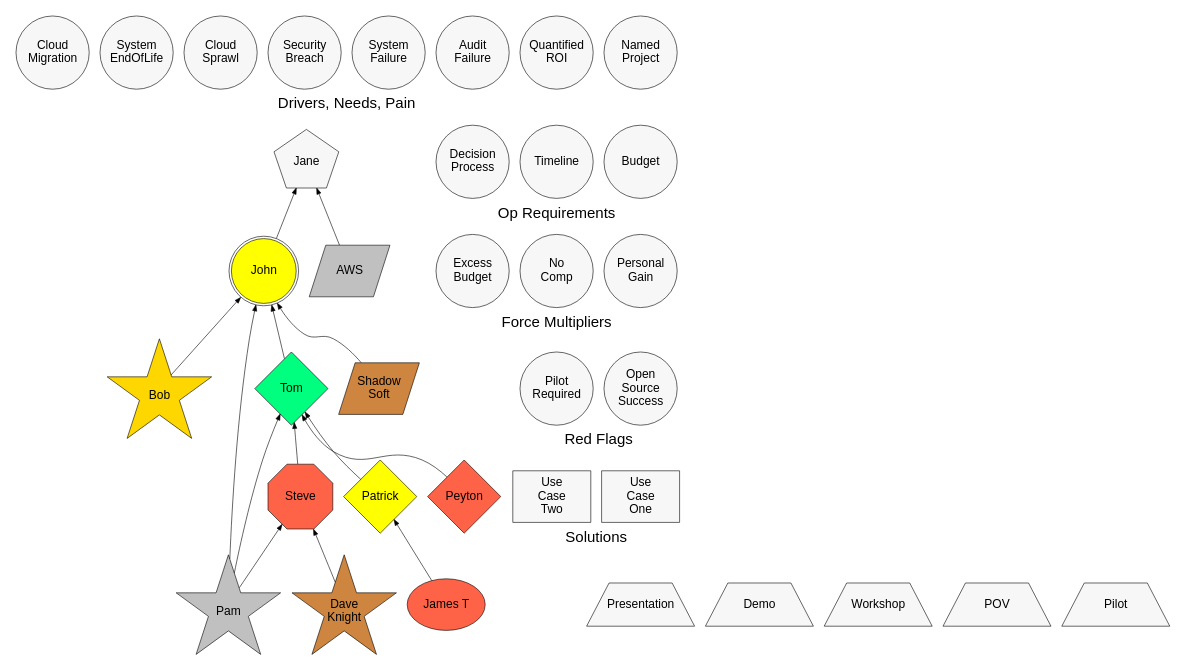
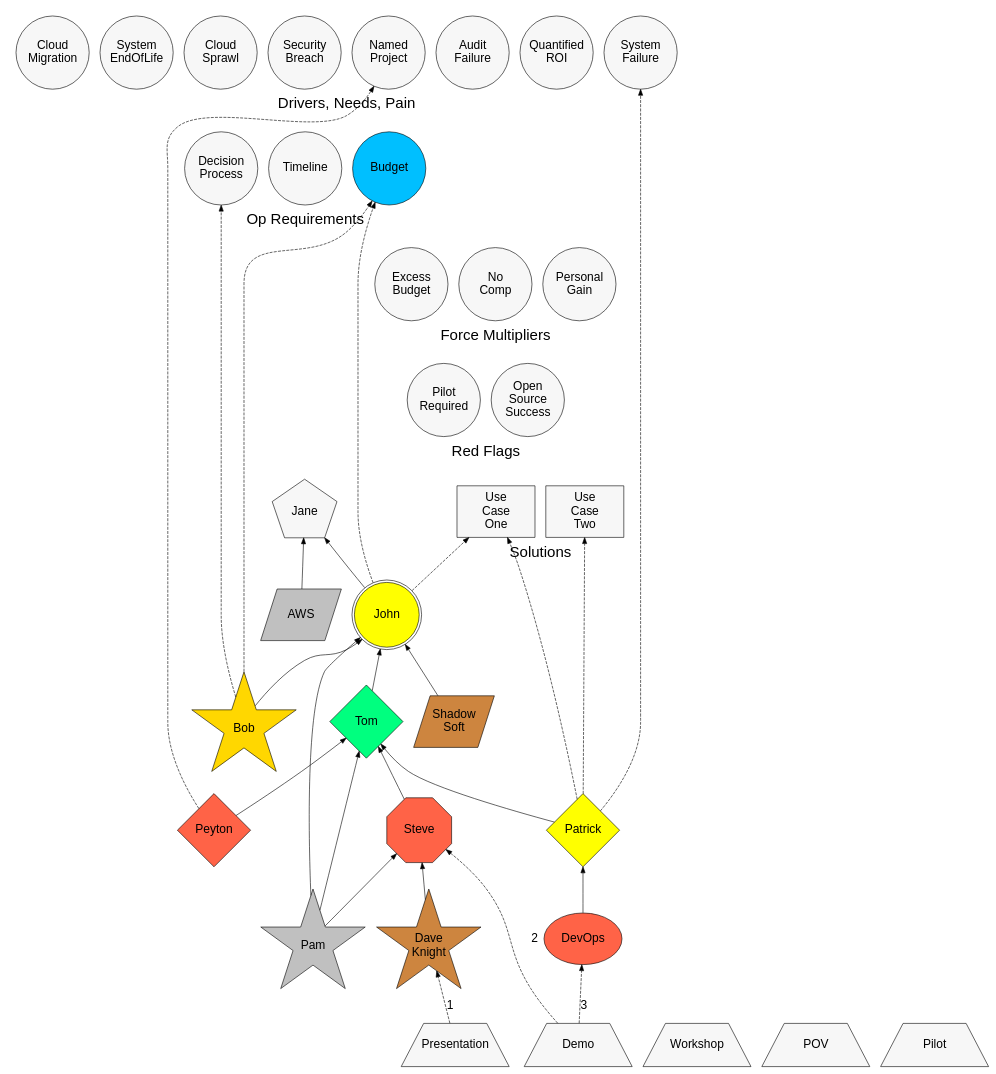
One commit to joshuaNjordan85/SouthStrategicOps changed the diagram in example.dot. Above: the diagram before and after it, drawn with Graphviz. The commit also changed 1 other file, not shown here.

```diff
--- a/example.dot
+++ b/example.dot
@@ -1,14 +1,53 @@
 digraph opportunity {
 
 // 
-// Opportunity as Code
+// Opportunity as Code (OaC)
 //
 // Use this specification to document the current status of your sales opportunity.
+// Only one product should be tracked in this file. 
+// The AE is responsible for tracking all of the information that goes into 
+// this file.
+// The SE is responsible for updating this file, managing in Git, and generating 
+// the "Opportunity Maps".
+//
+// This must be an acyclic graph, i.e. two people can't influence each other. 
+// Leverage the company's org chart, although influencers don't need to report 
+// to the individual they influence.
+// 
+// To generate a graphic of your Opportunity Map, execute the following 
+// graphviz command:
+//   dot -Tpng <name_of_this_file>.dot -o <account>_<op_name>[_renewal<X>].png   
+//
+// Add this file and push updates to -
+//   https://github.com/MrDaveKnight/SouthStrategicOps.git 
+
+// File Layout
+//
+// Top - the people and solutions (EDIT THIS SECTION)
+// - Organization: all the individuals, teams and partners that may influence 
+//   the sale
+// - Solutions: the specific use cases being prescribed to the prospect/customer
+// Middle -  STATIC CONFIGURATION data (only modify if necessary) 
+// - Indicators: all of the sales opportunity status indicators - 
+//   BANT, MEDDIC, etc... 
+// - SE Activities: a list of available SE activities 
+// - Rank Configuration: for graph formatting only 
+// Bottom - the relationships (EDIT THIS SECTION)
+// - Influence: Who is influencing who 
+// - Intelligence: Who has provided information about the state of the opportunity
+// - Activity: engagements between SEs and the organization
+//  
+//
+// Identify all the individuals and partners that will influence the sale in 
+// the "Organization" section. Identify what we are selling in the "Solutions"
+// section. Identify all of the influence, intelligence and
+// activity in the "Relationships" section.
 
 
 // Global defaults
 graph [rankdir=BT, fontname=Helvetica, fontsize=25, penwidth = 0]
 node [style=filled, fillcolor="grey97", fixedsize=true, fontname=Helvetica, fontsize=20]
+edge [fontname=Helvetica, fontsize=20]
 
 //
 // Organization 
@@ -16,13 +55,13 @@
 
 // Every person in the organization, except for champions and partners, 
 // are color coded as follows, based on their perceived Net Promoter status 
-// for the Hashicorp enterprise solution 
+// for the Hashicorp enterprise solution: 
 //   Promoter  - springgreen 
 //   Passive   - yellow1
 //   Detractor - tomato (rotten tomato is more like it)
 //   Unknown   - grey97
 //
-// Champions and partners are by definition net promoters. They are 
+// Champions and partners are by definition Net Promoters. They are 
 // color coded based on their ability to sell the Hashicorp enterprise 
 // solutions independently, i.e. their ability to influence. 
 //   Gold    - gold
@@ -80,13 +119,13 @@
 PatMahomes [label="Patrick", fillcolor=yellow1]
 PeytonManning [label="Peyton", fillcolor=tomato]
 
-// Trusted Practioners
+// Practioner Teams
 node [shape=oval, width=1.8, height=1.2]
 // Colors:
 //   Promoter  - springgreen 
 //   Passive   - yellow1
 //   Detractor - tomato
-JamesKirk [label="James T", fillcolor=tomato]
+DevOps [label="DevOps", fillcolor=tomato]
 
 // Partners
 node [shape=parallelogram, width=1.8, height=1.2]
@@ -98,12 +137,27 @@
 ShadowSoft [label="Shadow\nSoft", fillcolor=peru]
 
 //
-// Sale Indicators
+// Solutions 
+//
+
+subgraph cluster_solutions {
+  // Maintain the "UseCase<#>" convention!
+  label = "Solutions"
+  node [shape=box]
+
+  UseCase1 [label="Use\nCase\nOne"] 
+  UseCase2 [label="Use\nCase\nTwo"] 
+
+  {rank=same "UseCase1" "UseCase2"} 
+}
+
+//
+// Indicators 
 //
 
 // Colors:
 //    For all sales indicators other than red flags:
-//    True: springgreen 
+//    True: deepskyblue 
 //    False: grey97 
 //    For red flags:
 //    True: tomato 
@@ -111,78 +165,72 @@
   
 
 subgraph cluster_advantages {
-  // Colors: 
+  // Colors: deepskyblue, grey97 
   label = "Force Multipliers"
   node [shape=circle, width=1.7, height=1.7]
 
   PersonalGain [label="Personal\nGain", fillcolor=grey97] // Seeking career advancement, or trying to save job 
   NoComp [label="No\nComp", fillcolor=grey97]       // No external competition or RFP
   ExcessBudget [label="Excess\nBudget", fillcolor=grey97] // Use it or lose it
+
   {rank=same PersonalGain NoComp ExcessBudget}
 }
 
 subgraph cluster_redflags {
-  // Colors: 
+  // Colors: tomato, grey97 
   label = "Red Flags"
   node [shape=circle, width=1.7, height=1.7]
 
-  OSS [label="Open\nSource\nSuccess"] 
-  OnPrem [label="Pilot\nRequired"] 
+  OSS [label="Open\nSource\nSuccess", fillcolor=grey97] 
+  OnPrem [label="Pilot\nRequired", fillcolor=grey97] 
+
   {rank=same "OSS" "OnPrem"}
 }
 
 
 subgraph cluster_tablestakes {
+  // Colors: deepskyblue, grey97 
   label = "Op Requirements"
   node [shape=circle, width=1.7, height=1.7]
 
   // BanT
   // The "a" are the executive and buyer nodes.
   // The "n" are the various Drivers, Needs and Pain nodes. 
-  Budget 
-  Timeline
+  Budget [fillcolor=deepskyblue] 
+  Timeline [fillcolor=grey97]
 
   // meDDic (Decision criteria and process)
   // The "e" is the buyer node. The "c" is the champion node.
   // The "m" is the Quantified ROI (money made or saved) 
   // The "i" are the various Drivers, Needs and Pain nodes 
-  DecisionProcess [label="Decision\nProcess"]
+  DecisionProcess [label="Decision\nProcess", fillcolor=grey97]
+
   {rank=same Budget Timeline DecisionProcess}
 }
 
 subgraph cluster_needs {
+  // Colors: deepskyblue, grey97 
   label = "Drivers, Needs, Pain"
   node [shape=circle, width=1.7, height=1.7]
 
   // Business Drivers  BANT needs / MEDDIC pain
-  NamedProject [label="Named\nProject"] // This means there is a planned business initiative
-  QuantifiedROI [label="Quantified\nROI"]
-  AuditFailure [label="Audit\nFailure"]
-  SystemFailure [label="System\nFailure"]
-  SecurityBreach [label="Security\nBreach"]
-  CloudSprawl [label="Cloud\nSprawl"] 
-  SystemEndOfLife [label="System\nEndOfLife"] 
-  CloudMigration [label="Cloud\nMigration"]
+  NamedProject [label="Named\nProject", fillcolor=grey97] // This means there is a planned business initiative
+  QuantifiedROI [label="Quantified\nROI", fillcolor=grey97]
+  AuditFailure [label="Audit\nFailure", fillcolor=grey97]
+  SystemFailure [label="System\nFailure", fillcolor=grey97]
+  SecurityBreach [label="Security\nBreach", fillcolor=grey97]
+  CloudSprawl [label="Cloud\nSprawl", fillcolor=grey97] 
+  SystemEndOfLife [label="System\nEndOfLife", fillcolor=grey97] 
+  CloudMigration [label="Cloud\nMigration", fillcolor=grey97]
+
   {rank=same "NamedProject" "AuditFailure" "SystemFailure" "SecurityBreach" "CloudSprawl" "SystemEndOfLife" "CloudMigration"}
 }
 
+
 //
-// Solutions 
+// SE Activities 
 //
 
-subgraph cluster_solutions {
-  // Use "UseCase<#>" convention!
-  label = "Solutions"
-  node [shape=box]
-
-  UseCase1 [label="Use\nCase\nOne"] 
-  UseCase2 [label="Use\nCase\nTwo"] 
-  {rank=same "UseCase1" "UseCase2"} 
-}
-
-//
-// SE Activities
-//
 subgraph se_activities {
   label = "SE Activities"
   node [shape=trapezium, width=2.5, height=1.0]
@@ -196,9 +244,8 @@
 }
 
  
-
 //
-// Rank Config
+// Rank Configuration
 // These edges are invisible. Pick first node in a rank, and 
 // tie it to the first node in another rank to force a hierarchy
 //
@@ -207,24 +254,21 @@
 
 // Rank 1 - Drivers/Needs/Pains
 Budget -> NamedProject
-
 // Rank 2 - Opportunity Requirements
 PersonalGain -> Budget
-
 // Rank 3 - Force Multipliers
 OSS -> PersonalGain
-
 // Rank 4 - Red flags
 UseCase1 -> OSS
-
 // Rank 5 - Solutions
+Presentation -> UseCase1
 // Rank N - SE Activities
-Presentation -> UseCase1
 
 
 //
 // Influence
 //
+
 edge [style=solid]
 
 JohnSmith -> JaneSmith
@@ -237,7 +281,7 @@
 PatMahomes -> TomBrady
 PeytonManning -> TomBrady
 
-JamesKirk -> PatMahomes
+DevOps -> PatMahomes
 
 BobSmith -> JohnSmith
 PamSmith -> JohnSmith
@@ -249,18 +293,24 @@
 // Intelligence
 //
 edge [style=dashed]
-/*
+
+PatMahomes -> SystemFailure
+PeytonManning -> NamedProject
 BobSmith -> DecisionProcess
 BobSmith -> Budget 
 JohnSmith -> Budget
-*/
+
+JohnSmith -> UseCase1
+PatMahomes -> UseCase1
+PatMahomes -> UseCase2
 
 //
 // Activity 
 //
 edge [style=dashed]
 
-/*
-Presentation -> DaveKnight 
-*/
+Presentation -> DaveKnight [label="1"] 
+Demo -> SteveSuiter [label="2"]
+Demo -> DevOps [label="3"]
+
 }
```
